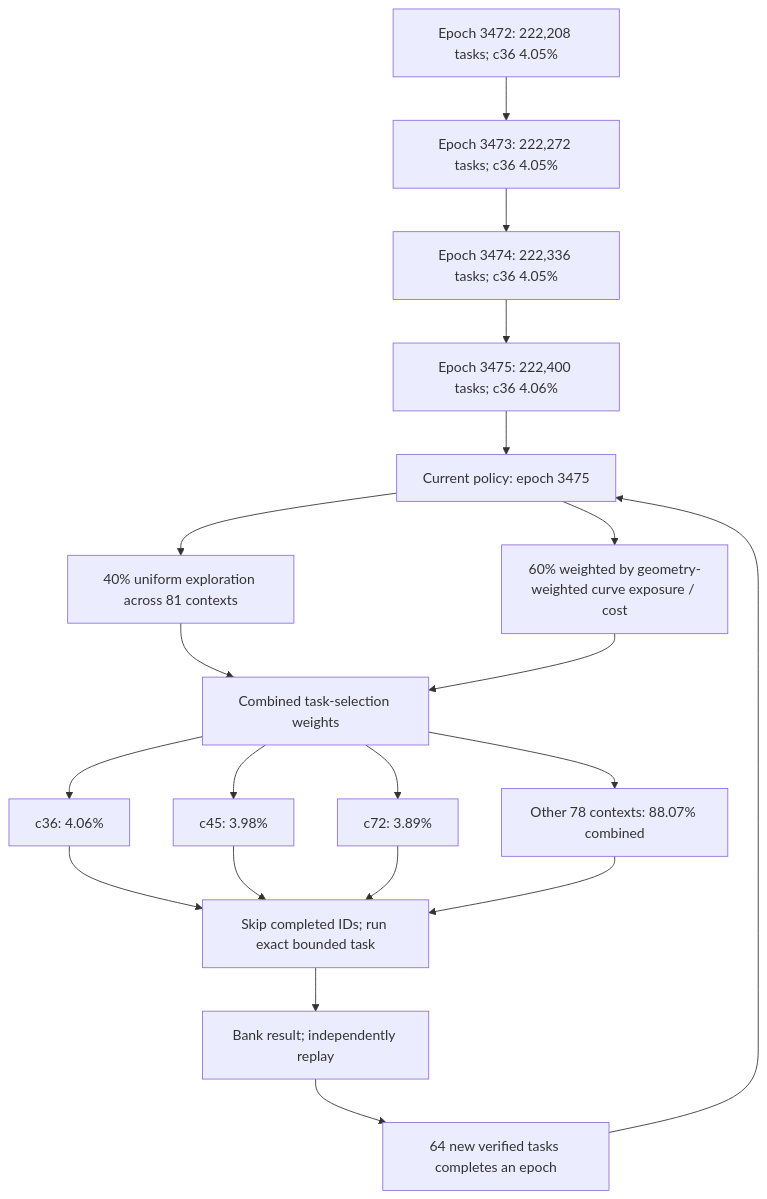
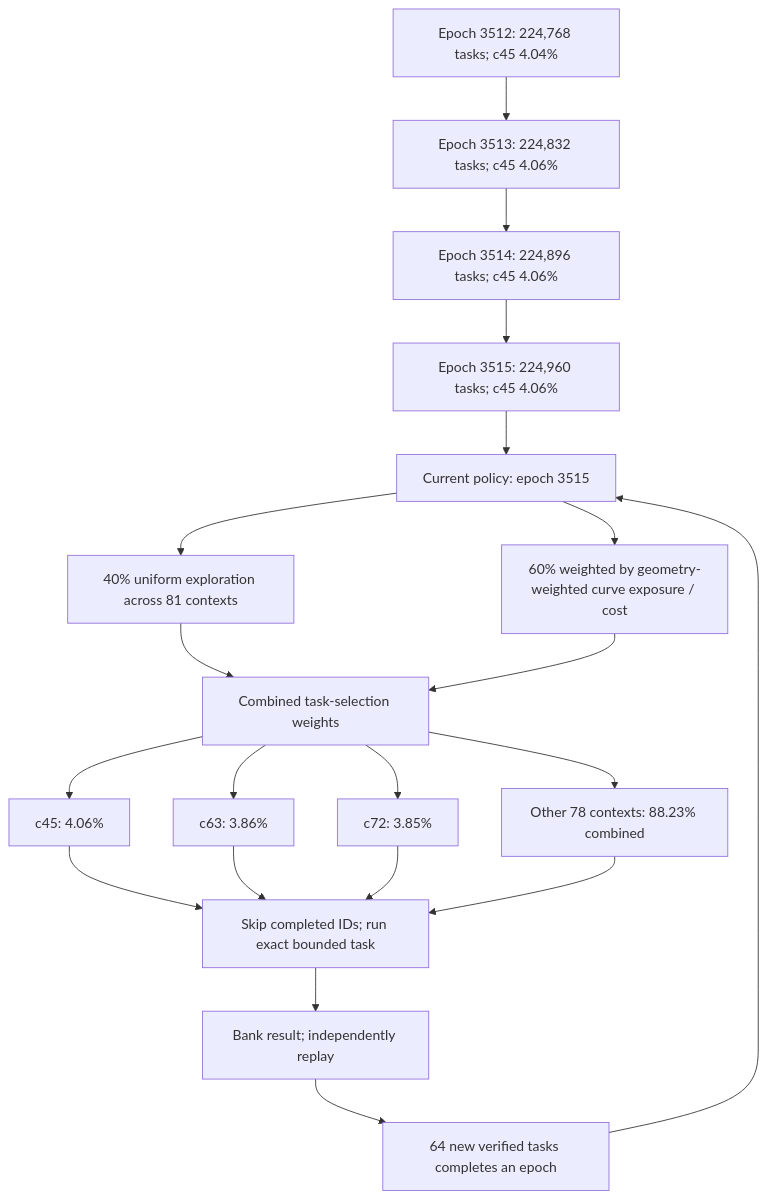
The first of 3 diagrams in README.md (Kuberwastaken/math-gambling), drawn with Mermaid before and after one commit. The commit also changed other lines of this file and 5006 other files, not shown here.

````diff
--- a/README.md
+++ b/README.md
@@ -60,27 +60,27 @@
 ```mermaid
 flowchart TD
-    H0["Epoch 3472: 222,208 tasks; c36 4.05%"]
-    H1["Epoch 3473: 222,272 tasks; c36 4.05%"]
+    H0["Epoch 3512: 224,768 tasks; c45 4.04%"]
+    H1["Epoch 3513: 224,832 tasks; c45 4.06%"]
     H0 --> H1
-    H2["Epoch 3474: 222,336 tasks; c36 4.05%"]
+    H2["Epoch 3514: 224,896 tasks; c45 4.06%"]
     H1 --> H2
-    H3["Epoch 3475: 222,400 tasks; c36 4.06%"]
+    H3["Epoch 3515: 224,960 tasks; c45 4.06%"]
     H2 --> H3
-    Policy["Current policy: epoch 3475"]
+    Policy["Current policy: epoch 3515"]
     H3 --> Policy
     Policy --> Explore["40% uniform exploration across 81 contexts"]
     Policy --> Cost["60% weighted by geometry-weighted curve exposure / cost"]
     Explore --> Mix["Combined task-selection weights"]
     Cost --> Mix
-    Mix --> C0["c36: 4.06%"]
-    Mix --> C1["c45: 3.98%"]
-    Mix --> C2["c72: 3.89%"]
-    Mix --> Rest["Other 78 contexts: 88.07% combined"]
+    Mix --> C0["c45: 4.06%"]
+    Mix --> C1["c63: 3.86%"]
+    Mix --> C2["c72: 3.85%"]
+    Mix --> Rest["Other 78 contexts: 88.23% combined"]
     C0 --> Check["Skip completed IDs; run exact bounded task"]
     C1 --> Check
     C2 --> Check
     Rest --> Check
     Check --> Replay["Bank result; independently replay"]
     Replay --> Gate["64 new verified tasks completes an epoch"]
     Gate --> Policy
 ```
````
